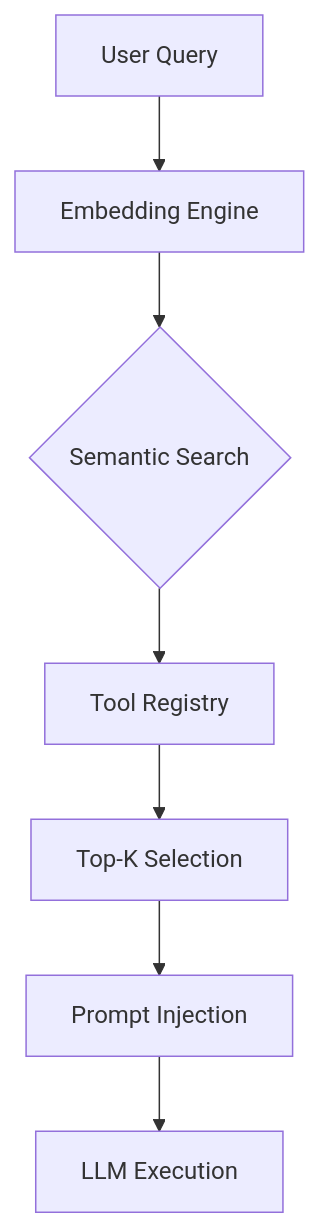
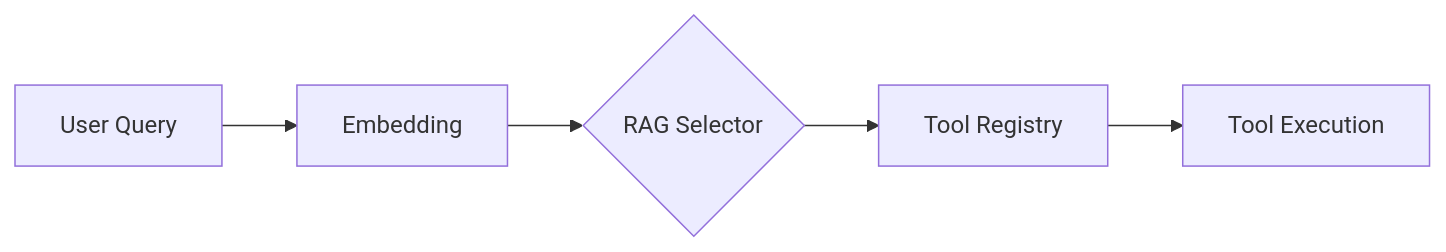
Before and after one commit to phuetz/code-buddy: the diagram in .codebuddy/docs/5-tools.md, drawn with Mermaid. The commit also changed other lines of this file and 54 other files, not shown here.

````diff
--- a/.codebuddy/docs/5-tools.md
+++ b/.codebuddy/docs/5-tools.md
@@ -5,9 +11,7 @@
 ```mermaid
-graph TD
-    A[User Query] --> B[Embedding Engine]
-    B --> C{Semantic Search}
+graph LR
+    A[User Query] --> B[Embedding]
+    B --> C{RAG Selector}
     C --> D[Tool Registry]
-    D --> E[Top-K Selection]
-    E --> F[Prompt Injection]
-    F --> G[LLM Execution]
+    D --> E[Tool Execution]
 ```
````
